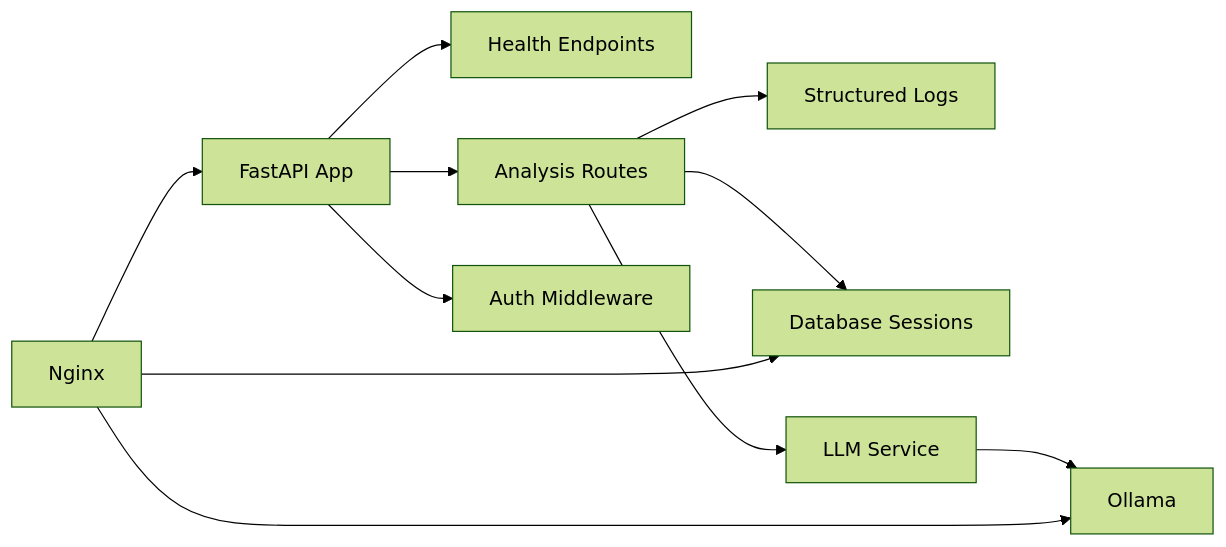
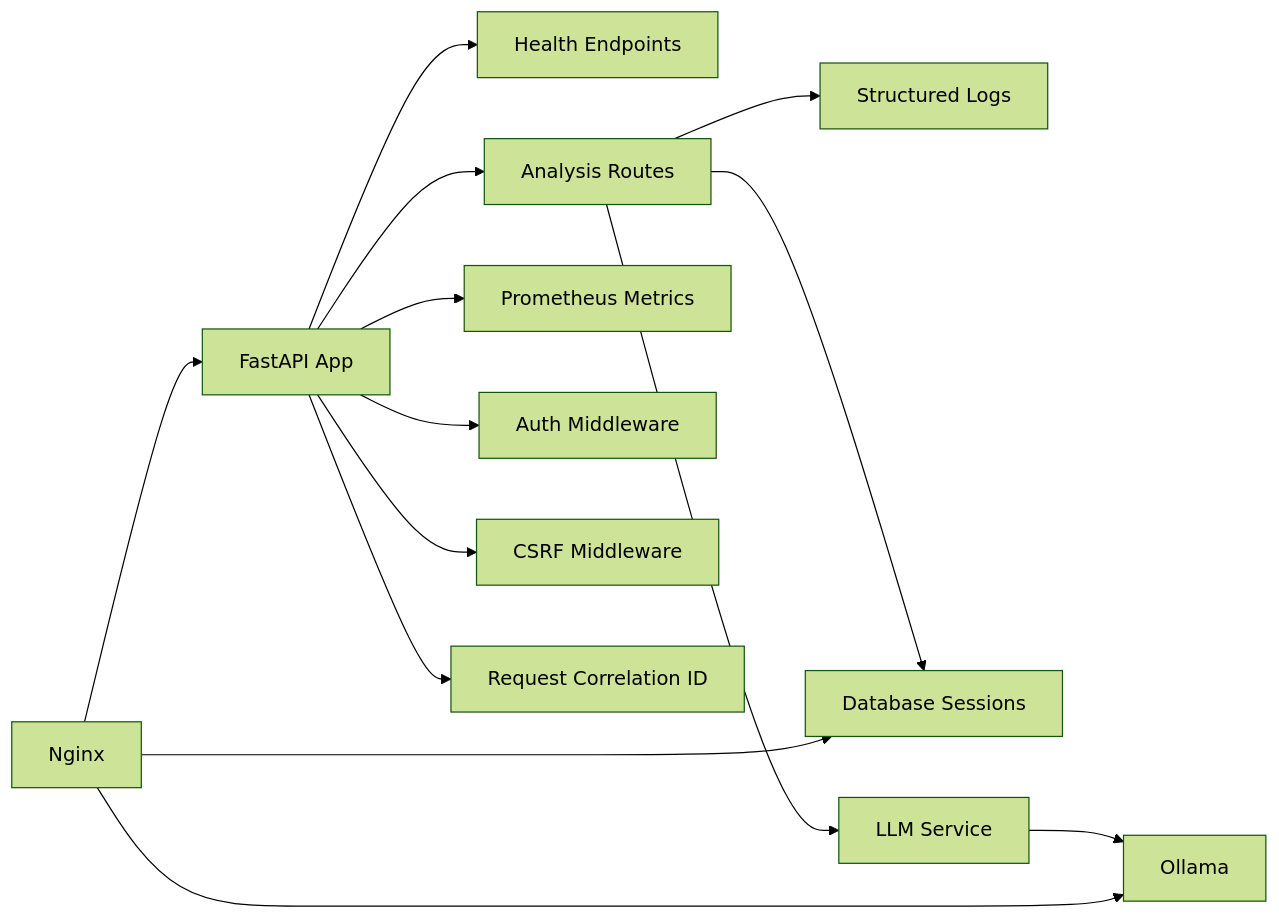
One commit to Revanththetalogics/aireume changed the fourth of 4 diagrams in .qoder/repowiki/en/content/Deployment & DevOps/Monitoring & Logging.md. Above: the diagram before and after it, drawn with Mermaid (forest theme). The commit also changed other lines of this file and 33 other files, not shown here.

````diff
--- a/.qoder/repowiki/en/content/Deployment & DevOps/Monitoring & Logging.md
+++ b/.qoder/repowiki/en/content/Deployment & DevOps/Monitoring & Logging.md
@@ -312,13 +401,16 @@
 ```mermaid
 graph LR
 API["FastAPI App"] --> HEALTH["Health Endpoints"]
 API --> ANALYZE["Analysis Routes"]
+API --> METRICS["Prometheus Metrics"]
 ANALYZE --> LOG["Structured Logs"]
 ANALYZE --> DB["Database Sessions"]
 ANALYZE --> LLM["LLM Service"]
 LLM --> OLL["Ollama"]
 API --> AUTH["Auth Middleware"]
+API --> CSRF["CSRF Middleware"]
+API --> CORR["Request Correlation ID"]
 NGINX["Nginx"] --> API
 NGINX --> OLL
 NGINX --> DB
 ```
````
